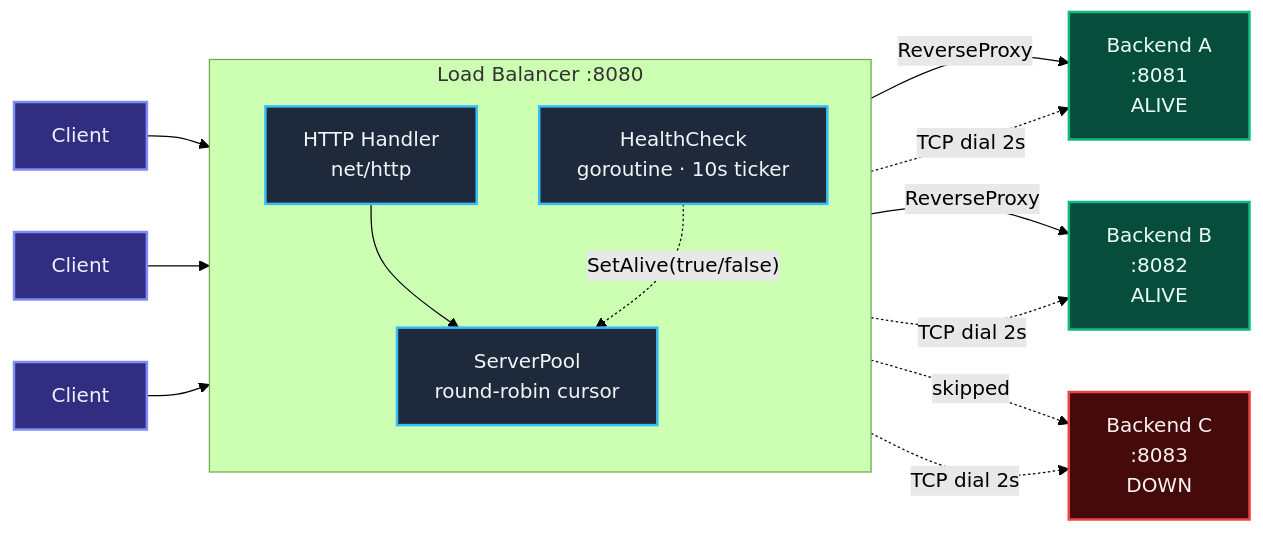
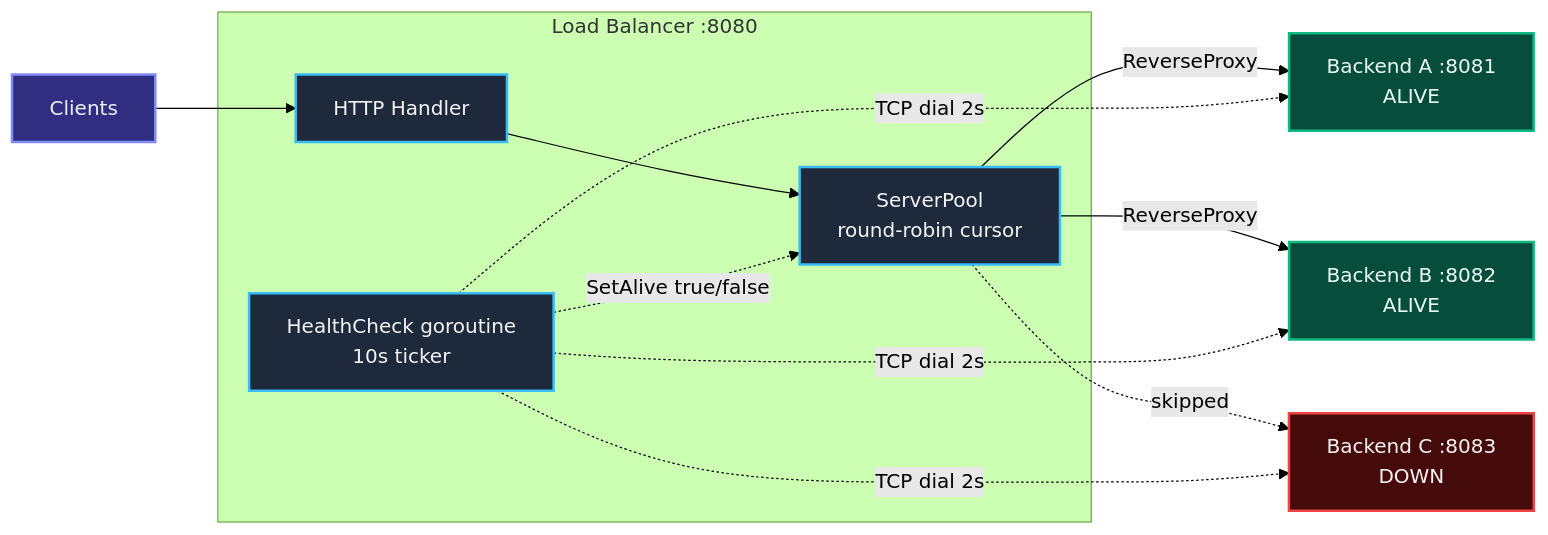
The first of 2 diagrams in README.md (karma01/go-distributed-load-balancer), drawn with Mermaid (forest theme) before and after one commit.

Commit message:
Simplify architecture diagram for GitHub's Mermaid renderer

````diff
--- a/README.md
+++ b/README.md
@@ -9,41 +9,36 @@
 ```mermaid
-graph LR
-    C1["Client"]
-    C2["Client"]
-    C3["Client"]
+flowchart LR
+    C["Clients"]
 
     subgraph LB["Load Balancer :8080"]
-        direction TB
-        H["HTTP Handler<br/>net/http"]
+        H["HTTP Handler"]
         P["ServerPool<br/>round-robin cursor"]
-        HC["HealthCheck<br/>goroutine · 10s ticker"]
-        H --> P
-        HC -.->|"SetAlive(true/false)"| P
+        HC["HealthCheck goroutine<br/>10s ticker"]
     end
 
-    B1["Backend A<br/>:8081<br/>ALIVE"]
-    B2["Backend B<br/>:8082<br/>ALIVE"]
-    B3["Backend C<br/>:8083<br/>DOWN"]
+    B1["Backend A :8081<br/>ALIVE"]
+    B2["Backend B :8082<br/>ALIVE"]
+    B3["Backend C :8083<br/>DOWN"]
 
-    C1 --> H
-    C2 --> H
-    C3 --> H
+    C --> H
+    H --> P
+    HC -. "SetAlive true/false" .-> P
 
-    P -->|"ReverseProxy"| B1
-    P -->|"ReverseProxy"| B2
-    P -.->|"skipped"| B3
+    P -- "ReverseProxy" --> B1
+    P -- "ReverseProxy" --> B2
+    P -. "skipped" .-> B3
 
-    HC -.->|"TCP dial 2s"| B1
-    HC -.->|"TCP dial 2s"| B2
-    HC -.->|"TCP dial 2s"| B3
+    HC -. "TCP dial 2s" .-> B1
+    HC -. "TCP dial 2s" .-> B2
+    HC -. "TCP dial 2s" .-> B3
 
     classDef lbBox fill:#1e293b,stroke:#38bdf8,stroke-width:2px,color:#f1f5f9
     classDef alive fill:#064e3b,stroke:#10b981,stroke-width:2px,color:#ecfdf5
     classDef dead fill:#450a0a,stroke:#ef4444,stroke-width:2px,color:#fef2f2
     classDef client fill:#312e81,stroke:#818cf8,stroke-width:2px,color:#eef2ff
 
     class H,P,HC lbBox
     class B1,B2 alive
     class B3 dead
-    class C1,C2,C3 client
+    class C client
 ```
````
